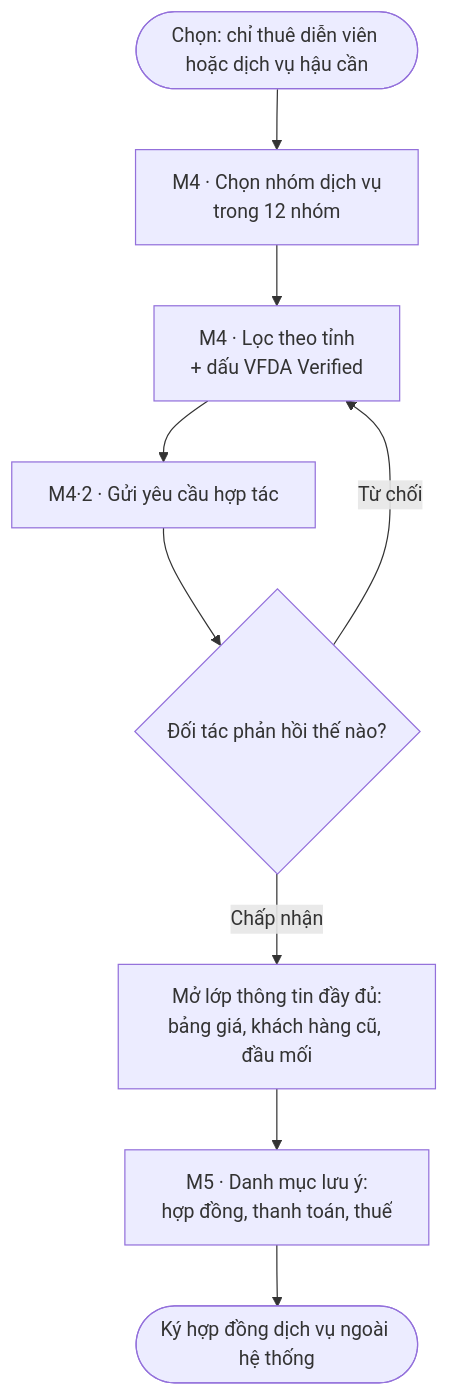
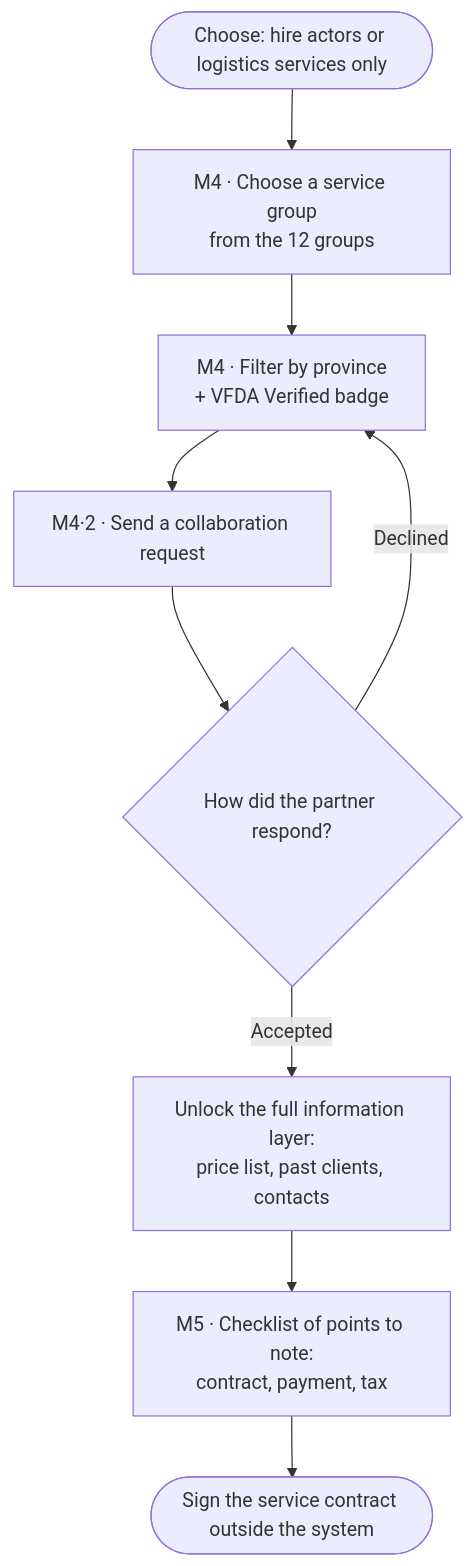
The second of 6 diagrams in docs/architecture/usage-flow.md (namnt2005/CINEMATCH-DBIZ3.TeamC), drawn with Mermaid before and after one commit. The commit also changed other lines of this file and 92 other files, not shown here.

````diff
--- a/docs/architecture/usage-flow.md
+++ b/docs/architecture/usage-flow.md
@@ -37,11 +37,11 @@
 ```mermaid
 flowchart TD
-    S(["Chọn: chỉ thuê diễn viên hoặc dịch vụ hậu cần"]) --> G["M4 · Chọn nhóm dịch vụ<br/>trong 12 nhóm"]
-    G --> F["M4 · Lọc theo tỉnh<br/>+ dấu VFDA Verified"]
-    F --> R["M4·2 · Gửi yêu cầu hợp tác"]
-    R --> Q{"Đối tác phản hồi thế nào?"}
-    Q -- "Từ chối" --> F
-    Q -- "Chấp nhận" --> OPEN["Mở lớp thông tin đầy đủ:<br/>bảng giá, khách hàng cũ, đầu mối"]
-    OPEN --> N["M5 · Danh mục lưu ý:<br/>hợp đồng, thanh toán, thuế"]
-    N --> E(["Ký hợp đồng dịch vụ ngoài hệ thống"])
+    S(["Choose: hire actors or logistics services only"]) --> G["M4 · Choose a service group<br/>from the 12 groups"]
+    G --> F["M4 · Filter by province<br/>+ VFDA Verified badge"]
+    F --> R["M4·2 · Send a collaboration request"]
+    R --> Q{"How did the partner respond?"}
+    Q -- "Declined" --> F
+    Q -- "Accepted" --> OPEN["Unlock the full information layer:<br/>price list, past clients, contacts"]
+    OPEN --> N["M5 · Checklist of points to note:<br/>contract, payment, tax"]
+    N --> E(["Sign the service contract outside the system"])
 ```
````
